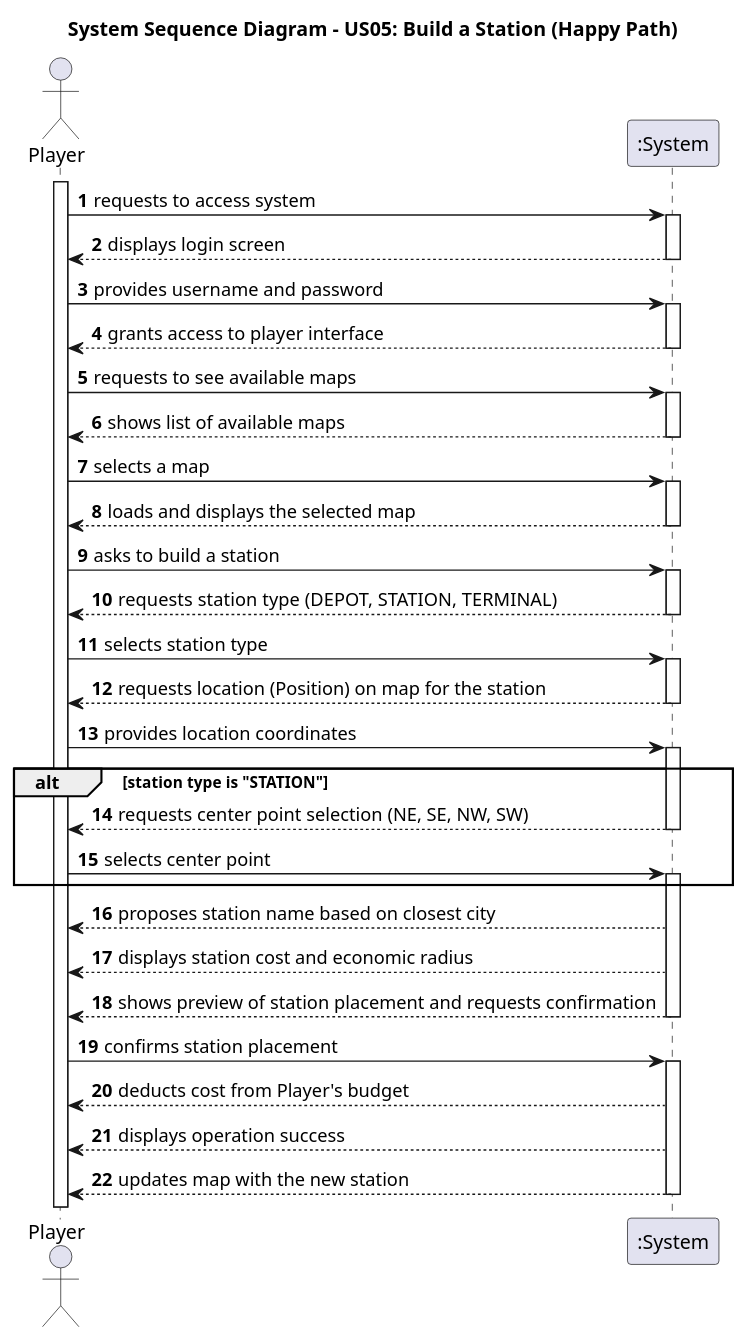
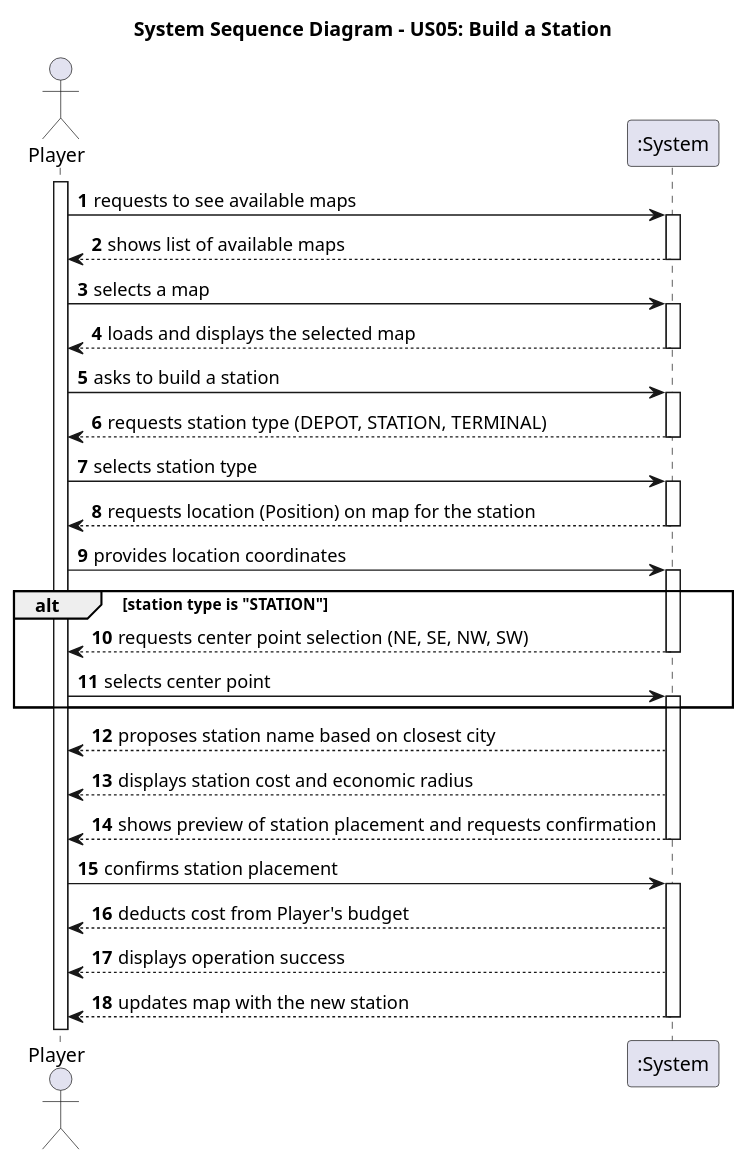
One commit to HenriqueSilva18/Railway-Network-Simulator changed the diagram in docs/system-documentation/Sprint 2/US05/01.requirements-engineering/puml/US05-SSD.puml. Above: the diagram before and after it, drawn with PlantUML. The commit also changed 16 other files, not shown here.

```diff
--- a/docs/system-documentation/Sprint 2/US05/01.requirements-engineering/puml/US05-SSD.puml
+++ b/docs/system-documentation/Sprint 2/US05/01.requirements-engineering/puml/US05-SSD.puml
@@ -1,72 +1,61 @@
 @startuml
 autonumber
 
-title "System Sequence Diagram - US05: Build a Station (Happy Path)"
+title "System Sequence Diagram - US05: Build a Station"
 
 
 actor "Player" as Player
 participant ":System" as System
 
 activate Player
-
-Player -> System: requests to access system
-activate System
-System --> Player: displays login screen
-deactivate System
-
-Player -> System: provides username and password
-activate System
-System --> Player: grants access to player interface
-deactivate System
-
 
 
 Player -> System: requests to see available maps
 
 activate System
 System --> Player: shows list of available maps
 deactivate System
 
 Player -> System: selects a map
 
 activate System
 System --> Player: loads and displays the selected map
 deactivate System
 
 Player -> System: asks to build a station
 
 activate System
 System --> Player: requests station type (DEPOT, STATION, TERMINAL)
 deactivate System
 
 Player -> System: selects station type
 
 activate System
 System --> Player: requests location (Position) on map for the station
 deactivate System
 
 Player -> System: provides location coordinates
 
 activate System
 alt station type is "STATION"
     System --> Player: requests center point selection (NE, SE, NW, SW)
     deactivate System
 
     Player -> System: selects center point
     activate System
 end
 
 System --> Player: proposes station name based on closest city
 System --> Player: displays station cost and economic radius
 System --> Player: shows preview of station placement and requests confirmation
 deactivate System
 
 Player -> System: confirms station placement
 
 activate System
 System --> Player: deducts cost from Player's budget
 System --> Player: displays operation success
 System --> Player: updates map with the new station
 deactivate System
 
 @enduml
```
